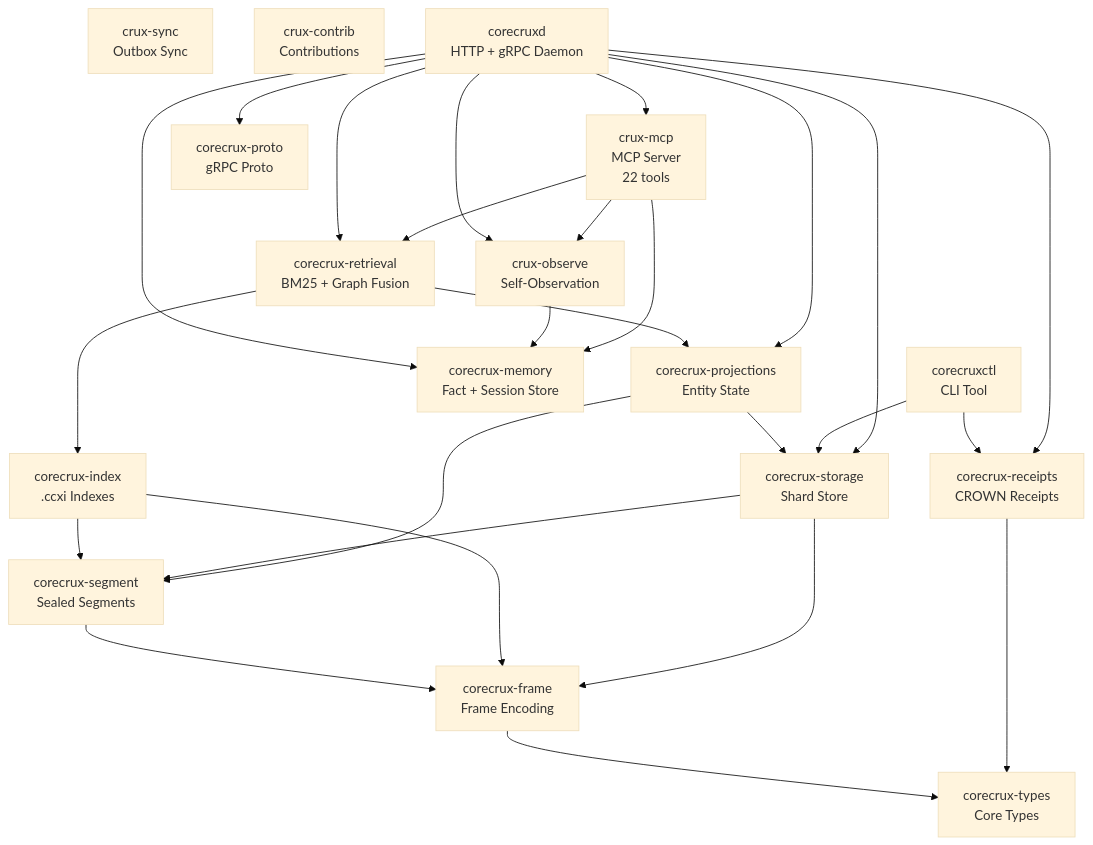
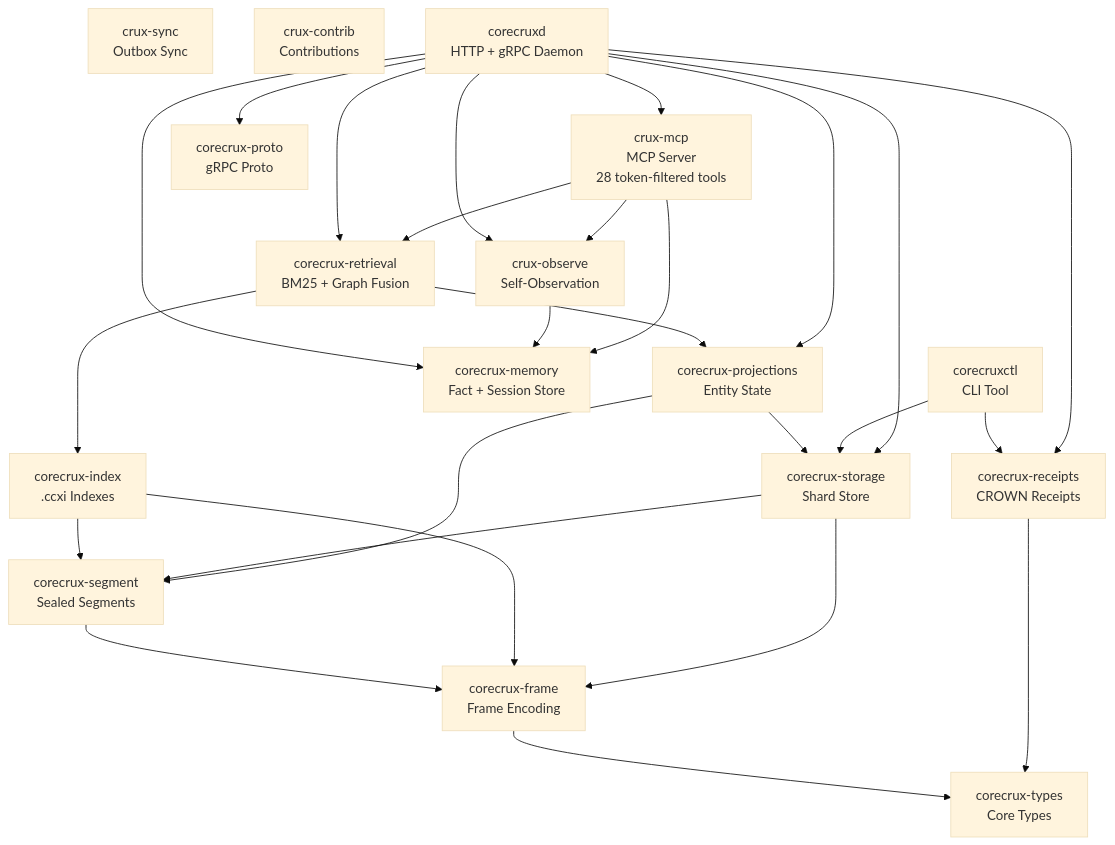
The diagram in docs/architecture.md (CueCrux/Crux), drawn with Mermaid (base theme) before and after one commit. The commit also changed other lines of this file and 13 other files, not shown here.

````diff
--- a/docs/architecture.md
+++ b/docs/architecture.md
@@ -5,45 +5,45 @@
 ```mermaid
 graph TD
-    cruxmcp[crux-mcp<br/>MCP Server<br/>22 tools]
+    cruxmcp[crux-mcp<br/>MCP Server<br/>28 token-filtered tools]
     observe[crux-observe<br/>Self-Observation]
     sync[crux-sync<br/>Outbox Sync]
     contrib[crux-contrib<br/>Contributions]
     corecruxd[corecruxd<br/>HTTP + gRPC Daemon]
     corecruxctl[corecruxctl<br/>CLI Tool]
     retrieval[corecrux-retrieval<br/>BM25 + Graph Fusion]
     memory[corecrux-memory<br/>Fact + Session Store]
     projections[corecrux-projections<br/>Entity State]
     receipts[corecrux-receipts<br/>CROWN Receipts]
     storage[corecrux-storage<br/>Shard Store]
     index[corecrux-index<br/>.ccxi Indexes]
     segment[corecrux-segment<br/>Sealed Segments]
     frame[corecrux-frame<br/>Frame Encoding]
     types[corecrux-types<br/>Core Types]
     proto[corecrux-proto<br/>gRPC Proto]
 
     cruxmcp --> memory
     cruxmcp --> retrieval
     cruxmcp --> observe
     observe --> memory
     corecruxd --> cruxmcp
     corecruxd --> observe
     corecruxd --> memory
     corecruxd --> retrieval
     corecruxd --> projections
     corecruxd --> receipts
     corecruxd --> storage
     corecruxd --> proto
     corecruxctl --> storage
     corecruxctl --> receipts
     retrieval --> index
     retrieval --> projections
     projections --> storage
     projections --> segment
     storage --> segment
     storage --> frame
     index --> segment
     index --> frame
     segment --> frame
     receipts --> types
     frame --> types
 ```
````
